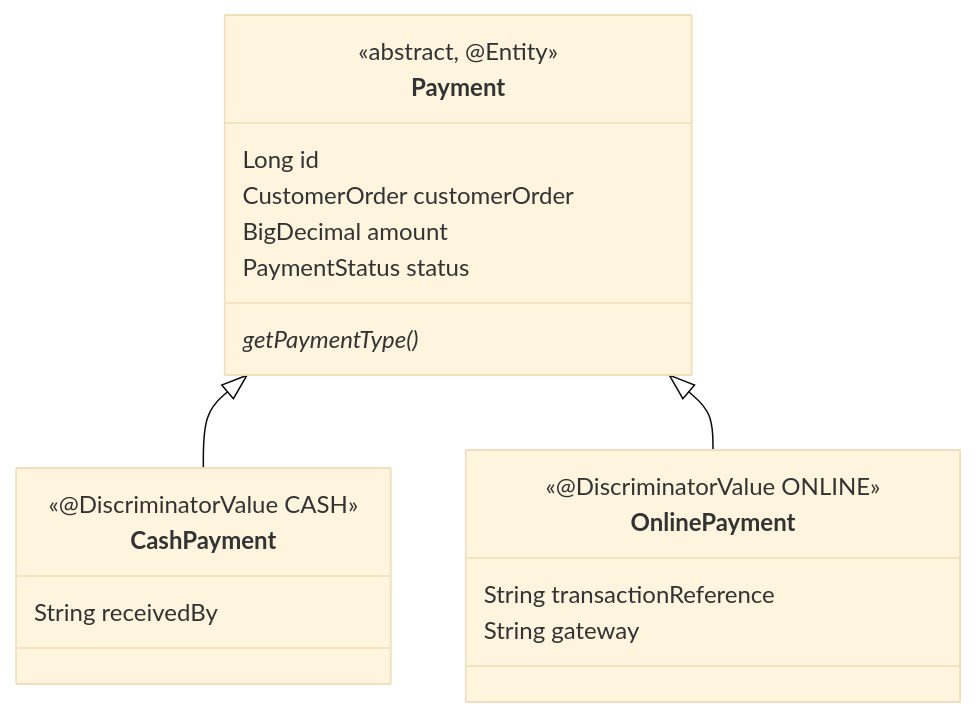
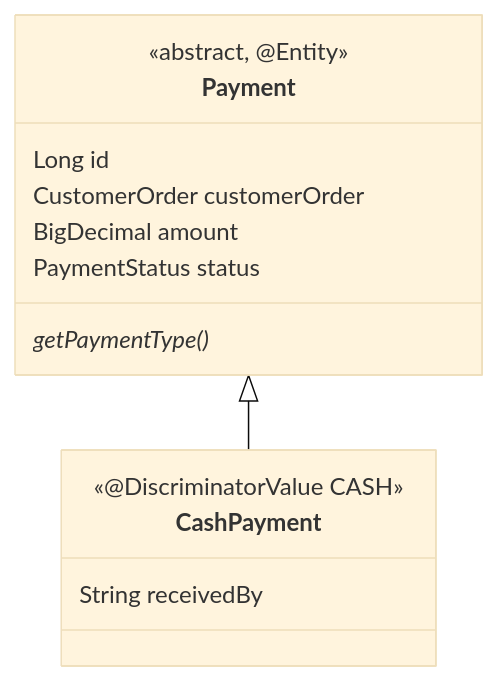
Before and after one commit to Arun-N-M-07/NoQ: the third of 7 diagrams in docs/ARCHITECTURE.md, drawn with Mermaid (base theme). The commit also changed other lines of this file and 66 other files, not shown here.

````diff
--- a/docs/ARCHITECTURE.md
+++ b/docs/ARCHITECTURE.md
@@ -161,22 +154,16 @@
 ```mermaid
 classDiagram
     class Payment {
         <<abstract, @Entity>>
         Long id
         CustomerOrder customerOrder
         BigDecimal amount
         PaymentStatus status
         getPaymentType()*
     }
     class CashPayment {
         <<@DiscriminatorValue CASH>>
         String receivedBy
     }
-    class OnlinePayment {
-        <<@DiscriminatorValue ONLINE>>
-        String transactionReference
-        String gateway
-    }
     Payment <|-- CashPayment
-    Payment <|-- OnlinePayment
 ```
````
